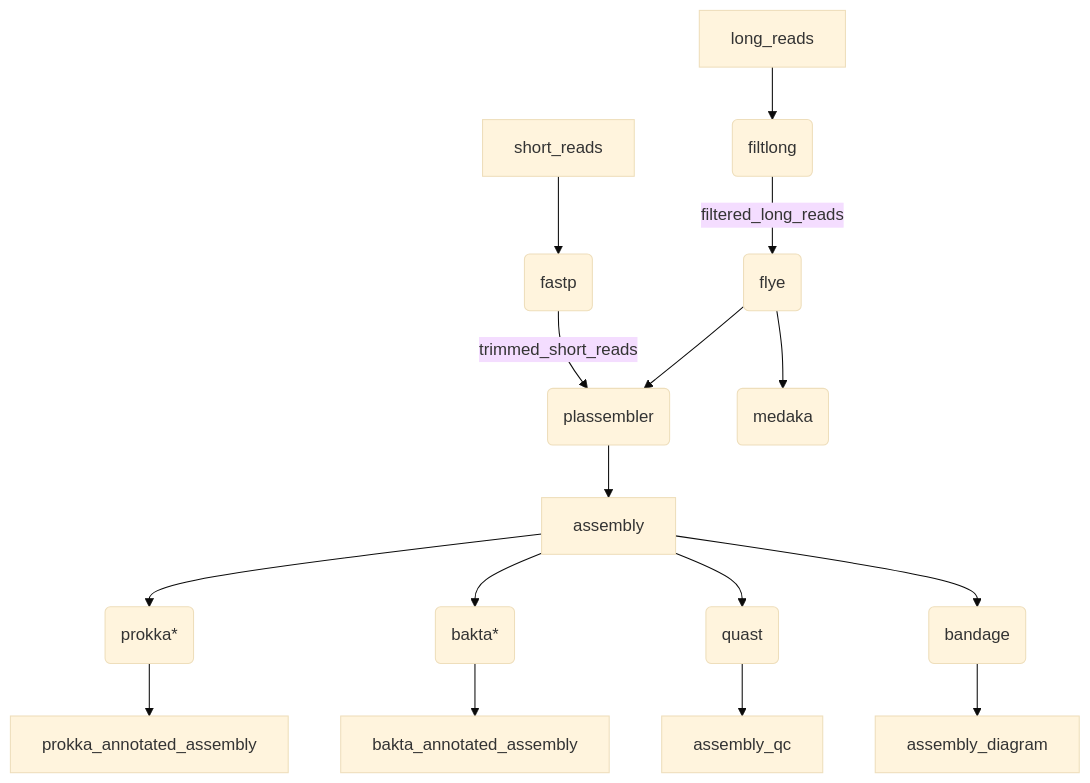
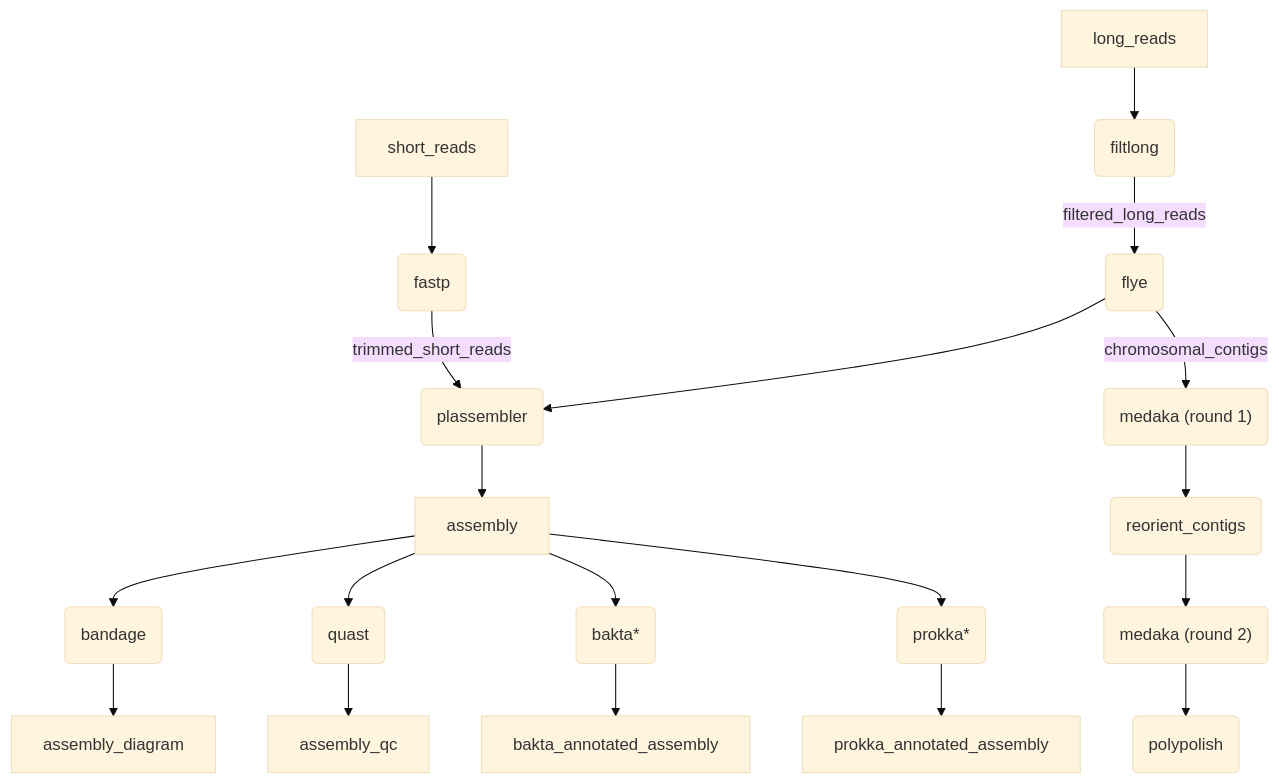
Before and after one commit to BCCDC-PHL/plasmid-assembly: the diagram in README.md, drawn with Mermaid (base theme).

Commit message:
Update pipeline diagram

````diff
--- a/README.md
+++ b/README.md
@@ -9,18 +9,21 @@
 ```mermaid
 flowchart TD
   short_reads --> fastp(fastp)
   fastp -- trimmed_short_reads --> plassembler(plassembler)
   long_reads --> filtlong(filtlong)
   filtlong -- filtered_long_reads --> flye(flye)
-  flye --> medaka(medaka)
+  flye -- chromosomal_contigs --> medaka_1("medaka (round 1)")
+  medaka_1 --> reorient_contigs(reorient_contigs)
+  reorient_contigs --> medaka_2("medaka (round 2)")
+  medaka_2 --> polypolish(polypolish)
   flye --> plassembler
   plassembler --> assembly[assembly]
   assembly --> prokka(prokka*)
   assembly --> bakta(bakta*)
   assembly --> quast(quast)
   assembly --> bandage(bandage)
   prokka --> prokka_annotated_assembly
   bakta --> bakta_annotated_assembly
   quast --> assembly_qc
   bandage --> assembly_diagram
 ```
````
